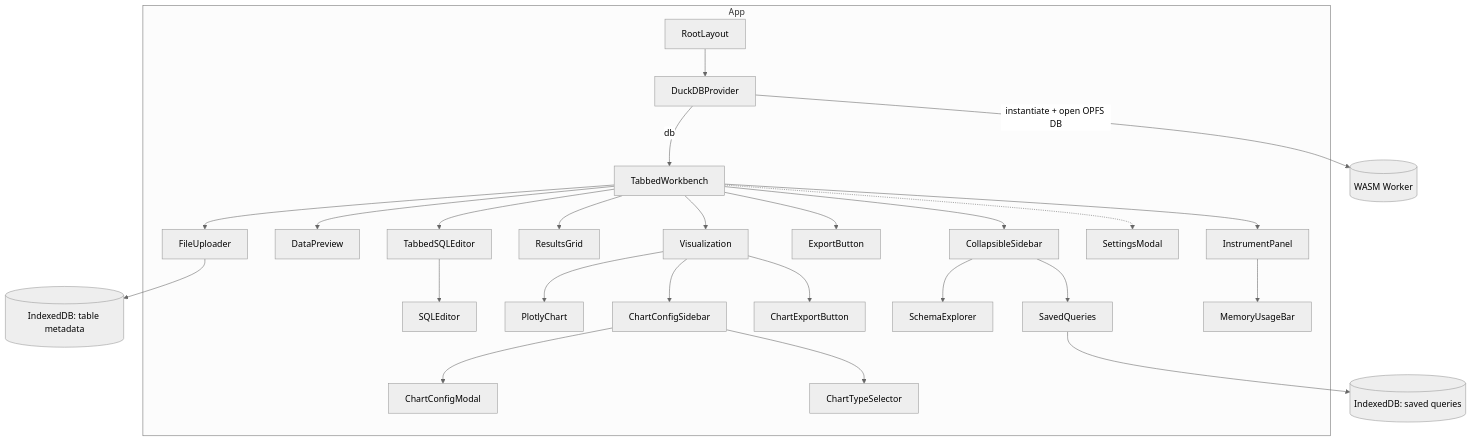
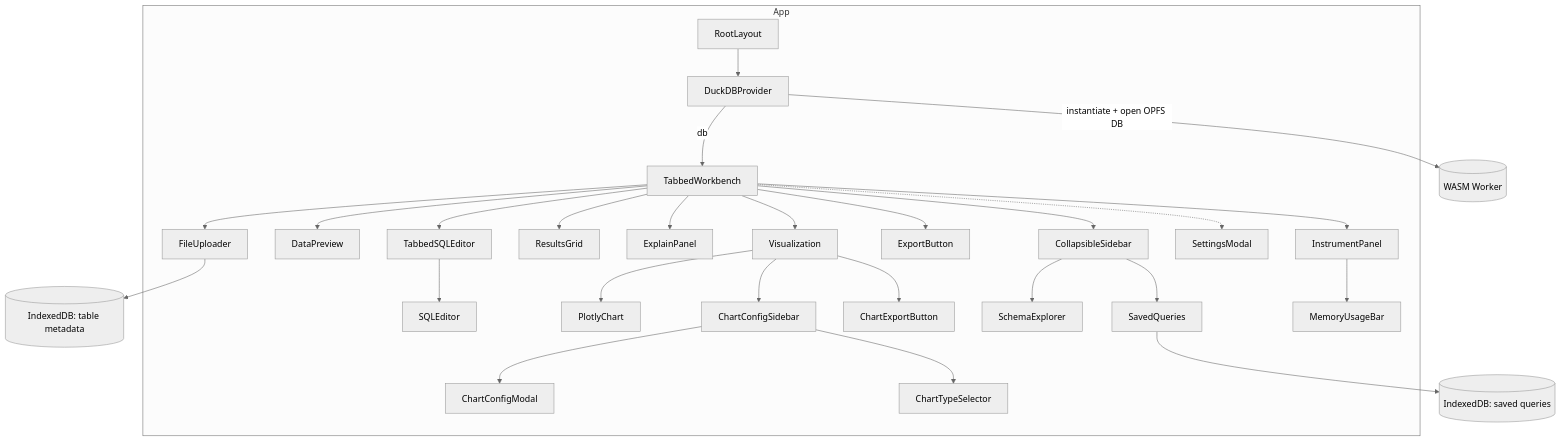
One commit to james-ralph8555/homebench changed the diagram in components/README.md. Above: the diagram before and after it, drawn with Mermaid (neutral theme). The commit also changed other lines of this file and 12 other files, not shown here.

````diff
--- a/components/README.md
+++ b/components/README.md
@@ -7,29 +7,30 @@
 ```mermaid
 graph TD
   subgraph App
     RootLayout --> DuckDBProvider
     DuckDBProvider -->|db| TabbedWorkbench
     TabbedWorkbench --> FileUploader
     TabbedWorkbench --> DataPreview
     TabbedWorkbench --> TabbedSQLEditor
     TabbedSQLEditor --> SQLEditor
-    TabbedWorkbench --> ResultsGrid
-    TabbedWorkbench --> Visualization
+  TabbedWorkbench --> ResultsGrid
+  TabbedWorkbench --> ExplainPanel
+  TabbedWorkbench --> Visualization
     TabbedWorkbench --> ExportButton
     TabbedWorkbench --> CollapsibleSidebar
     CollapsibleSidebar --> SchemaExplorer
     CollapsibleSidebar --> SavedQueries
     TabbedWorkbench -.-> SettingsModal
     TabbedWorkbench --> InstrumentPanel
     InstrumentPanel --> MemoryUsageBar
     Visualization --> PlotlyChart
     Visualization --> ChartConfigSidebar
     Visualization --> ChartExportButton
     ChartConfigSidebar --> ChartConfigModal
     ChartConfigSidebar --> ChartTypeSelector
   end
 
   DuckDBProvider -->|instantiate + open OPFS DB| DuckDBWorker[(WASM Worker)]
   SavedQueries --> DexieDB[(IndexedDB: saved queries)]
   FileUploader --> TableMetadataStore[(IndexedDB: table metadata)]
 ```
````
